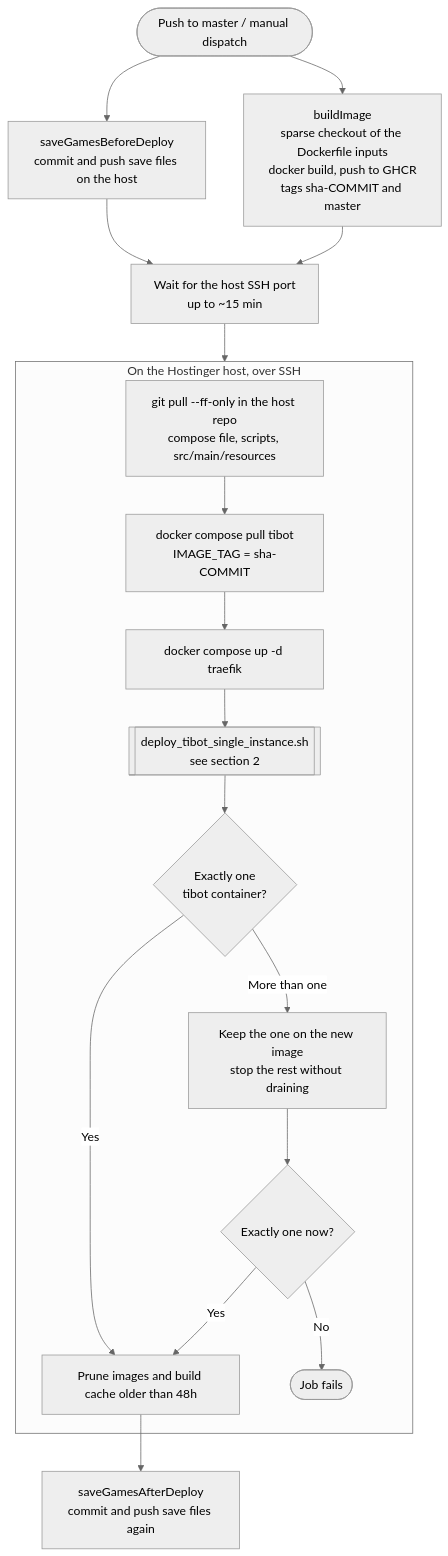
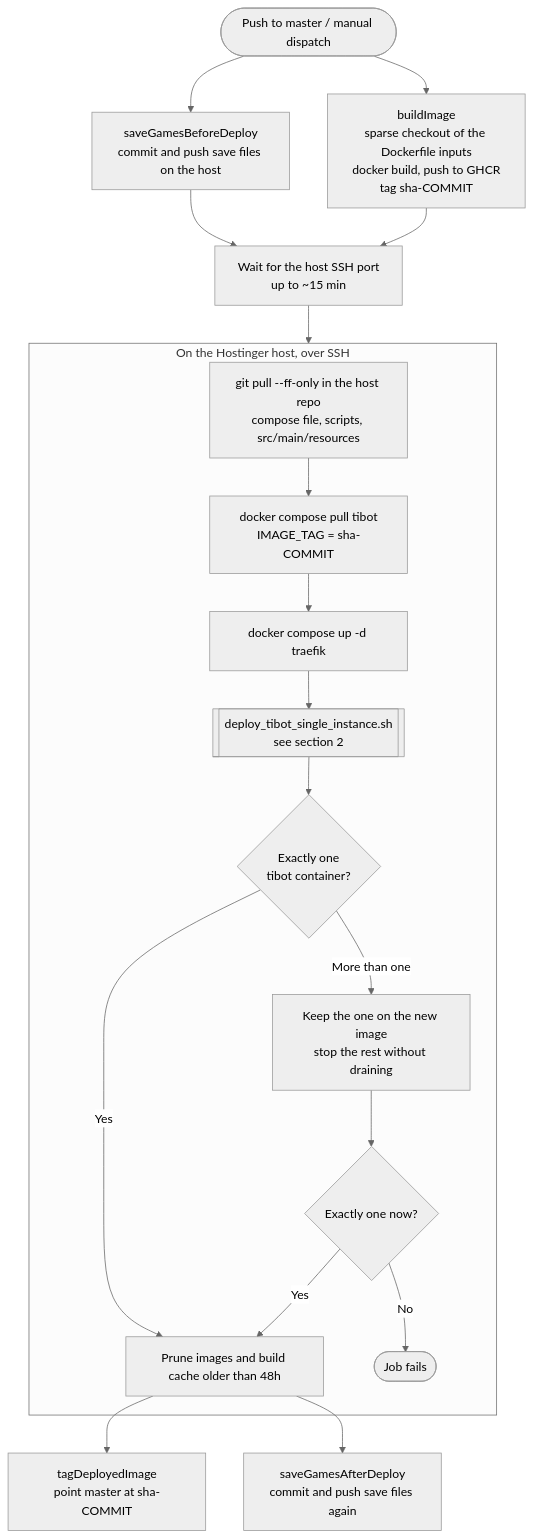
The first of 5 diagrams in DEPLOYMENT.md (AsyncTI4/TI4_map_generator_bot), drawn with Mermaid (neutral theme) before and after one commit. The commit also changed other lines of this file and 1 other file, not shown here.

First line of the commit message:
Move the master image tag only after a successful deploy

````diff
--- a/DEPLOYMENT.md
+++ b/DEPLOYMENT.md
@@ -24,23 +24,24 @@
 ```mermaid
 flowchart TD
     push([Push to master / manual dispatch]) --> backup1[saveGamesBeforeDeploy<br/>commit and push save files on the host]
-    push --> build["buildImage<br/>sparse checkout of the Dockerfile inputs<br/>docker build, push to GHCR<br/>tags sha-COMMIT and master"]
+    push --> build["buildImage<br/>sparse checkout of the Dockerfile inputs<br/>docker build, push to GHCR<br/>tag sha-COMMIT"]
     backup1 --> ssh[Wait for the host SSH port<br/>up to ~15 min]
     build --> ssh
     ssh --> remote
 
     subgraph remote [On the Hostinger host, over SSH]
         pull["git pull --ff-only in the host repo<br/>compose file, scripts, src/main/resources"]
         pull --> img["docker compose pull tibot<br/>IMAGE_TAG = sha-COMMIT"]
         img --> traefik[docker compose up -d traefik]
         traefik --> rollout[["deploy_tibot_single_instance.sh<br/>see section 2"]]
         rollout --> verify{Exactly one<br/>tibot container?}
         verify -->|More than one| extras["Keep the one on the new image<br/>stop the rest without draining"]
         extras --> verify2{Exactly one now?}
         verify -->|Yes| prune[Prune images and build cache older than 48h]
         verify2 -->|Yes| prune
         verify2 -->|No| fail([Job fails])
     end
 
+    prune --> tag["tagDeployedImage<br/>point master at sha-COMMIT"]
     prune --> backup2[saveGamesAfterDeploy<br/>commit and push save files again]
 ```
````
